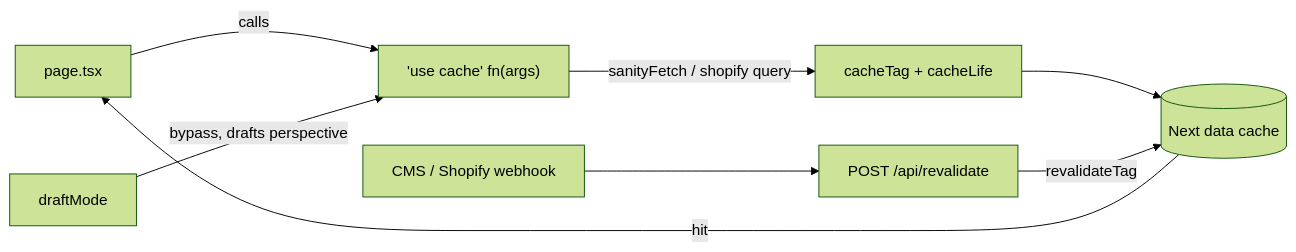
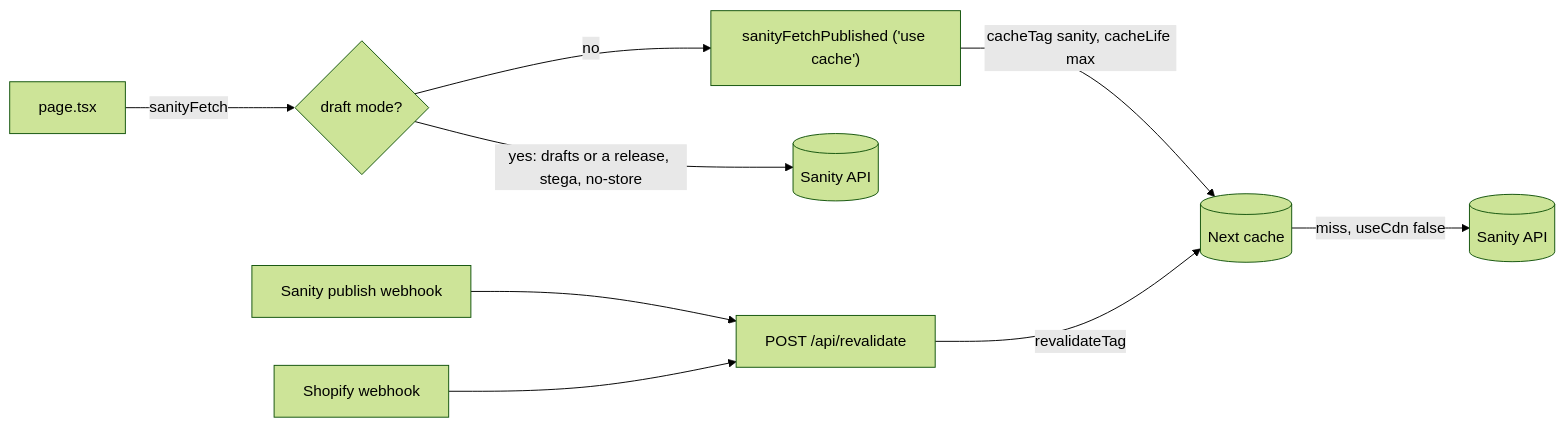
One commit to darkroomengineering/satus changed the diagram in ARCHITECTURE.md. Above: the diagram before and after it, drawn with Mermaid (forest theme). The commit also changed other lines of this file and 31 other files, not shown here.

First line of the commit message:
refactor(sanity)!: replace Sanity Live with tag-and-webhook caching (#535)

````diff
--- a/ARCHITECTURE.md
+++ b/ARCHITECTURE.md
@@ -68,10 +70,11 @@
 ```mermaid
 flowchart LR
-    P[page.tsx] -->|calls| U["'use cache' fn(args)"]
-    U -->|sanityFetch / shopify query| C[cacheTag + cacheLife]
-    C --> Cache[(Next data cache)]
-    Cache -->|hit| P
-    Hook[CMS / Shopify webhook] --> API[POST /api/revalidate]
-    API -->|revalidateTag| Cache
-    D[draftMode] -->|bypass, drafts perspective| U
+    P[page.tsx] -->|sanityFetch| F{draft mode?}
+    F -->|no| U["sanityFetchPublished ('use cache')"]
+    U -->|cacheTag sanity, cacheLife max| Cache[(Next cache)]
+    Cache -->|miss, useCdn false| API[(Sanity API)]
+    F -->|yes: drafts or a release, stega, no-store| Draft[(Sanity API)]
+    Hook[Sanity publish webhook] --> R[POST /api/revalidate]
+    Shop[Shopify webhook] --> R
+    R -->|revalidateTag| Cache
 ```
````
